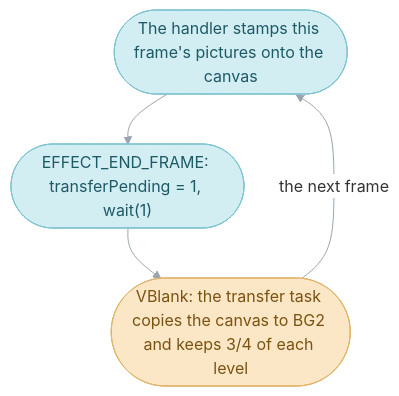
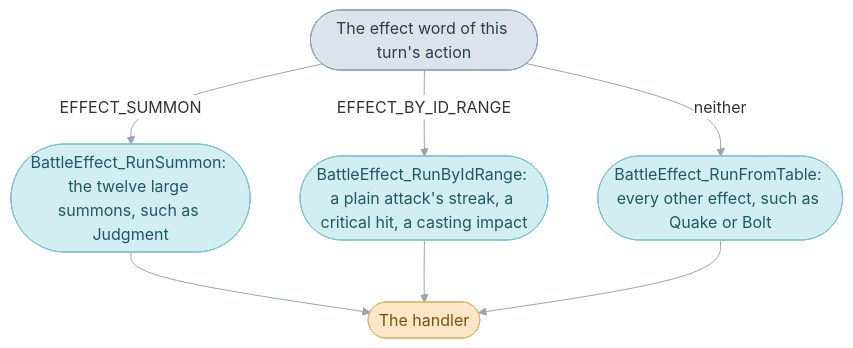
Before and after one commit to PascalPixel/alchemy: the third of 3 diagrams in games/tbs/src/battle_effect/README.md, drawn with Mermaid. The commit also changed other lines of this file and 20 other files, not shown here.

````diff
--- a/games/tbs/src/battle_effect/README.md
+++ b/games/tbs/src/battle_effect/README.md
@@ -216,13 +589,14 @@
 ```mermaid
 %%{init: {"theme": "base", "themeVariables": {"lineColor": "#9AA3AE", "edgeLabelBackground": "#FFFFFF"}, "flowchart": {"curve": "basis", "padding": 12}}}%%
 flowchart TD
-  draw(["The handler stamps this frame's pictures onto the canvas"]) --> present(["EFFECT_END_FRAME: transferPending = 1, wait(1)"])
-  present --> vblank(["VBlank: the transfer task copies the canvas to BG2 and keeps 3/4 of each level"])
-  vblank -- "the next frame" --> draw
+  word(["The effect word of this turn's action"]) -- "EFFECT_SUMMON" --> summon(["BattleEffect_RunSummon: the twelve large summons, such as Judgment"])
+  word -- "EFFECT_BY_ID_RANGE" --> range(["BattleEffect_RunByIdRange: a plain attack's streak, a critical hit, a casting impact"])
+  word -- "neither" --> table(["BattleEffect_RunFromTable: every other effect, such as Quake or Bolt"])
+  summon & range & table --> handler(["The handler"])
   classDef mainRoutine fill:#DDE3EC,stroke:#8FA0B8,color:#2E3C50
   classDef sequence fill:#D2EEF3,stroke:#7FC3D0,color:#1E5966
   classDef frame fill:#FBE7C6,stroke:#E0B46A,color:#7A5212
-  class draw sequence
-  class present sequence
-  class vblank frame
+  class word mainRoutine
+  class summon,range,table sequence
+  class handler frame
 ```
````
